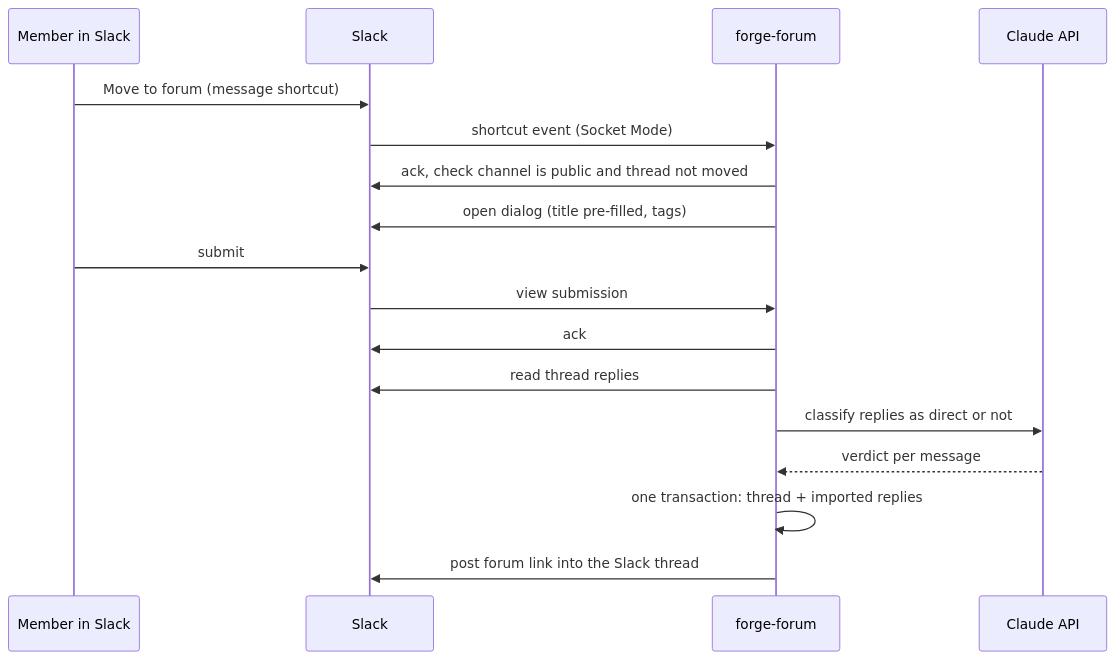
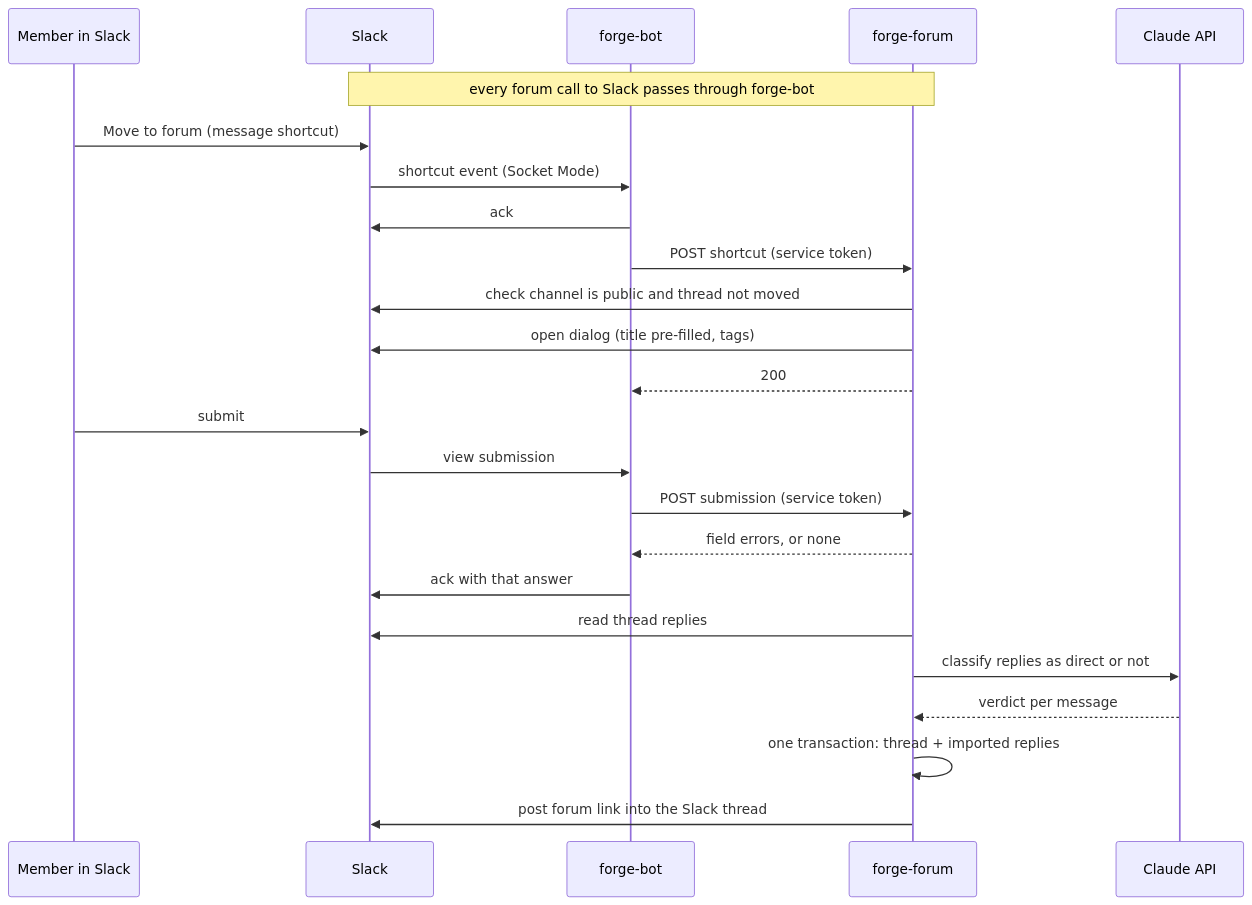
Before and after one commit to forgeutah/forge-forum: the third of 3 diagrams in docs/plans/2026-11-17-001-feat-forge-forum-plan.md, drawn with Mermaid. The commit also changed other lines of this file and 45 other files, not shown here.

First line of the commit message:
feat(slack): reach Slack through forge-bot; apply review and simplification findings

````diff
--- a/docs/plans/2026-11-17-001-feat-forge-forum-plan.md
+++ b/docs/plans/2026-11-17-001-feat-forge-forum-plan.md
@@ -234,19 +235,26 @@
 ```mermaid
 sequenceDiagram
   participant M as Member in Slack
   participant S as Slack
+  participant G as forge-bot
   participant F as forge-forum
   participant C as Claude API
+  Note over F,S: every forum call to Slack passes through forge-bot
   M->>S: Move to forum (message shortcut)
-  S->>F: shortcut event (Socket Mode)
-  F->>S: ack, check channel is public and thread not moved
+  S->>G: shortcut event (Socket Mode)
+  G->>S: ack
+  G->>F: POST shortcut (service token)
+  F->>S: check channel is public and thread not moved
   F->>S: open dialog (title pre-filled, tags)
+  F-->>G: 200
   M->>S: submit
-  S->>F: view submission
-  F->>S: ack
+  S->>G: view submission
+  G->>F: POST submission (service token)
+  F-->>G: field errors, or none
+  G->>S: ack with that answer
   F->>S: read thread replies
   F->>C: classify replies as direct or not
   C-->>F: verdict per message
   F->>F: one transaction: thread + imported replies
   F->>S: post forum link into the Slack thread
 ```
````
